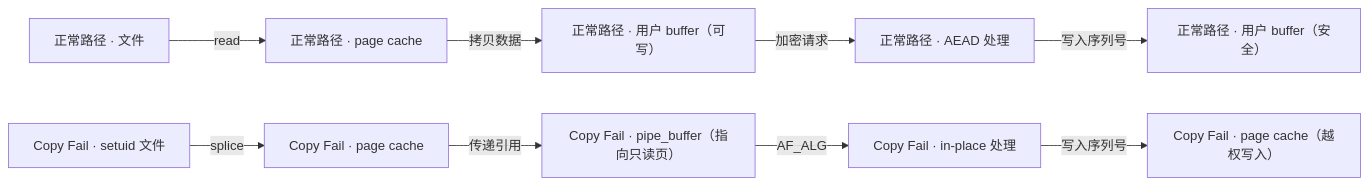
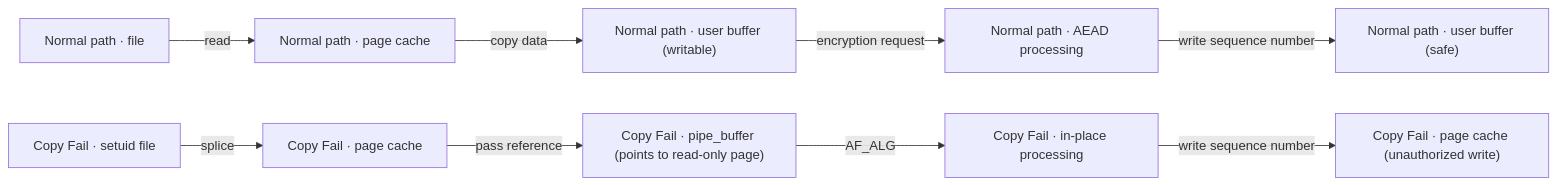
Before and after one commit to HONGLEI111/hhlblog-global: the second of 2 diagrams in src/content/posts/copy-fail-cve-2026-31431.md, drawn with Mermaid. The commit also changed other lines of this file and 33 other files, not shown here.

First line of the commit message:
content(code): 翻译 mermaid 图节点标签（34 文件 / 267 处）

````diff
--- a/src/content/posts/copy-fail-cve-2026-31431.md
+++ b/src/content/posts/copy-fail-cve-2026-31431.md
@@ -151,12 +151,12 @@
 ```mermaid
 flowchart LR
-    N1["正常路径 · 文件"] -->|read| N2["正常路径 · page cache"]
-    N2 -->|拷贝数据| N3["正常路径 · 用户 buffer（可写）"]
-    N3 -->|加密请求| N4["正常路径 · AEAD 处理"]
-    N4 -->|写入序列号| N5["正常路径 · 用户 buffer（安全）"]
+    N1["Normal path · file"] -->|read| N2["Normal path · page cache"]
+    N2 -->|copy data| N3["Normal path · user buffer (writable)"]
+    N3 -->|encryption request| N4["Normal path · AEAD processing"]
+    N4 -->|write sequence number| N5["Normal path · user buffer (safe)"]
 
-    P1["Copy Fail · setuid 文件"] -->|splice| P2["Copy Fail · page cache"]
-    P2 -->|传递引用| P3["Copy Fail · pipe_buffer（指向只读页）"]
-    P3 -->|AF_ALG| P4["Copy Fail · in-place 处理"]
-    P4 -->|写入序列号| P5["Copy Fail · page cache（越权写入）"]
+    P1["Copy Fail · setuid file"] -->|splice| P2["Copy Fail · page cache"]
+    P2 -->|pass reference| P3["Copy Fail · pipe_buffer (points to read-only page)"]
+    P3 -->|AF_ALG| P4["Copy Fail · in-place processing"]
+    P4 -->|write sequence number| P5["Copy Fail · page cache (unauthorized write)"]
 ```
````
